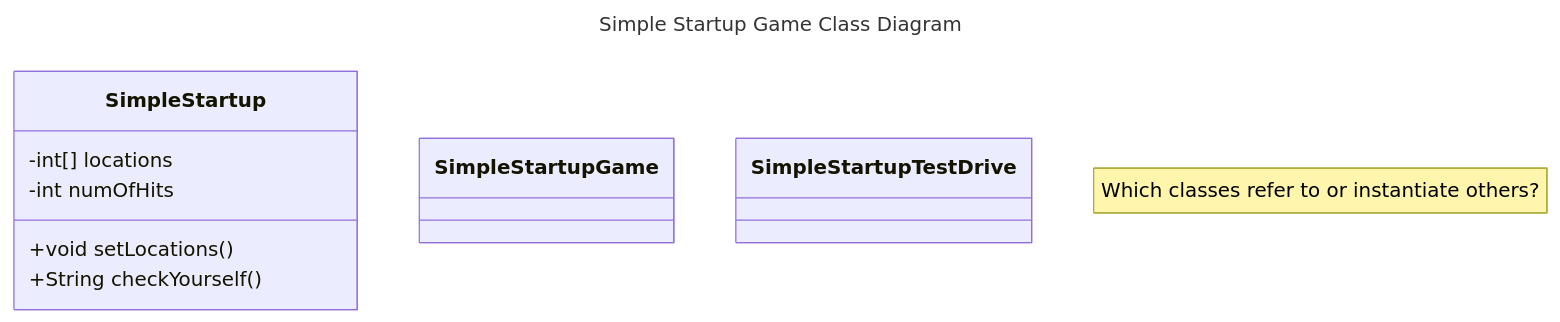
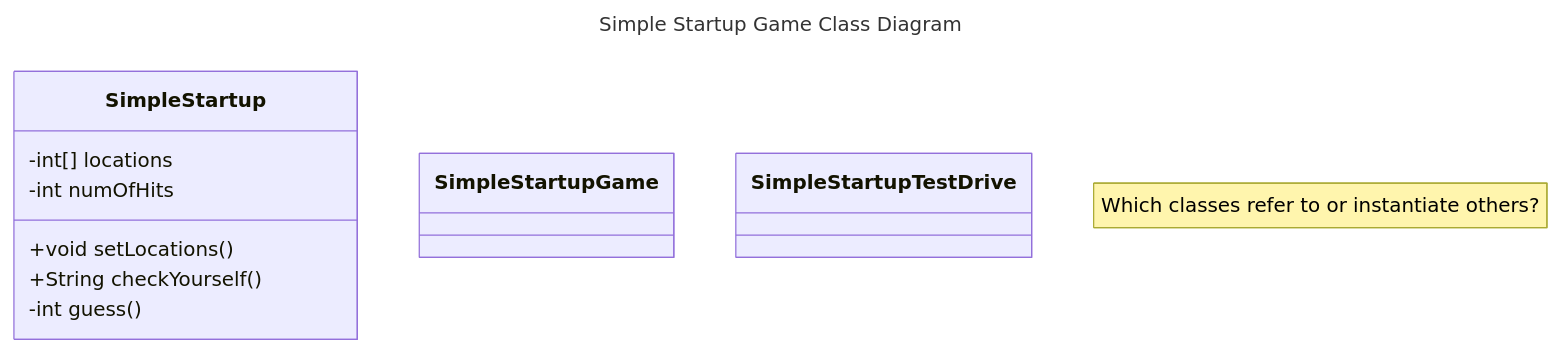
The diagram in notes/Week-09-a.md (TheEvergreenStateCollege/dgp-25au), drawn with Mermaid before and after one commit.

````diff
--- a/notes/Week-09-a.md
+++ b/notes/Week-09-a.md
@@ -19,21 +19,22 @@
 ```mermaid
 ---
 title: Simple Startup Game Class Diagram
 ---
 classDiagram
     note "Which classes refer to or instantiate others?"
     %% SimpleStartup <-- SimpleStartupGame
     %% SimpleStartup <-- SimpleStartupTestDrive
     SimpleStartup : -int[] locations
     SimpleStartup : -int numOfHits
     SimpleStartup : +void setLocations()
     SimpleStartup : +String checkYourself()
+    SimpleStartup : -int guess()
     class SimpleStartup{
     }
     class SimpleStartupGame{
     %%  +void main()
     }
     class SimpleStartupTestDrive{
     %%  + void main()
     }
 ```
````
